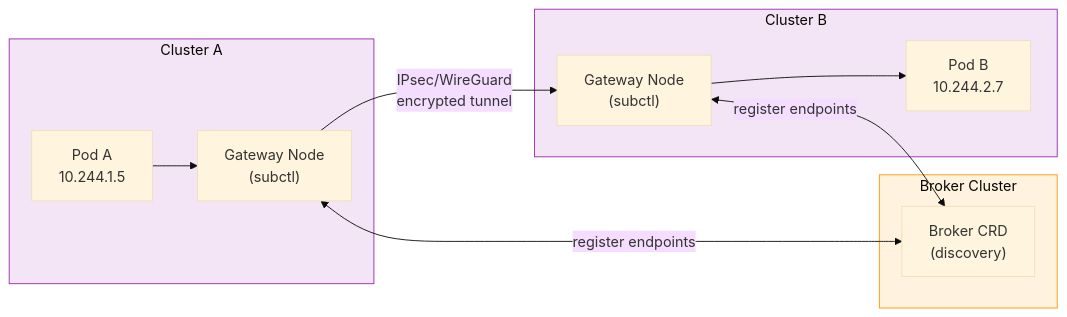
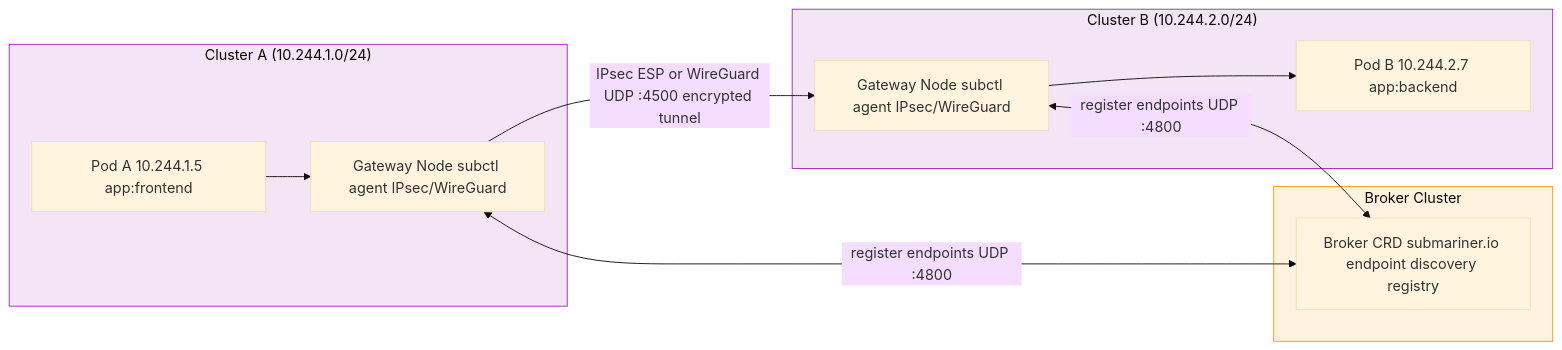
The fourth of 4 diagrams in lessons/22-multi-cluster-networking.md (MykolaLebid/Kubernetes_networking_engineering), drawn with Mermaid (base theme) before and after one commit. The commit also changed other lines of this file and 35 other files, not shown here.

First line of the commit message:
Restructure all 34 lessons: Theory/Practice split, richer diagrams, industry examples, navigation

````diff
--- a/lessons/22-multi-cluster-networking.md
+++ b/lessons/22-multi-cluster-networking.md
@@ -250,24 +234,24 @@
 ```mermaid
 flowchart LR
-    subgraph ClusterA["Cluster A"]
-        podA["Pod A\n10.244.1.5"]
-        gwA["Gateway Node\n(subctl)"]
+    subgraph ClusterA["Cluster A (10.244.1.0/24)"]
+        podA["Pod A 10.244.1.5 app:frontend"]
+        gwA["Gateway Node subctl agent IPsec/WireGuard"]
         podA --> gwA
     end
     subgraph Broker["Broker Cluster"]
-        broker["Broker CRD\n(discovery)"]
+        broker["Broker CRD submariner.io endpoint discovery registry"]
     end
-    subgraph ClusterB["Cluster B"]
-        gwB["Gateway Node\n(subctl)"]
-        podB["Pod B\n10.244.2.7"]
+    subgraph ClusterB["Cluster B (10.244.2.0/24)"]
+        gwB["Gateway Node subctl agent IPsec/WireGuard"]
+        podB["Pod B 10.244.2.7 app:backend"]
         gwB --> podB
     end
 
-    gwA -- "IPsec/WireGuard\nencrypted tunnel" --> gwB
-    gwA <-- "register endpoints" --> broker
-    gwB <-- "register endpoints" --> broker
+    gwA --"IPsec ESP or WireGuard UDP :4500 encrypted tunnel"--> gwB
+    gwA <--"register endpoints UDP :4800"--> broker
+    gwB <--"register endpoints UDP :4800"--> broker
 
     style ClusterA fill:#f3e5f5,stroke:#9C27B0
     style ClusterB fill:#f3e5f5,stroke:#9C27B0
     style Broker fill:#fff3e0,stroke:#FF9800
 ```
````
